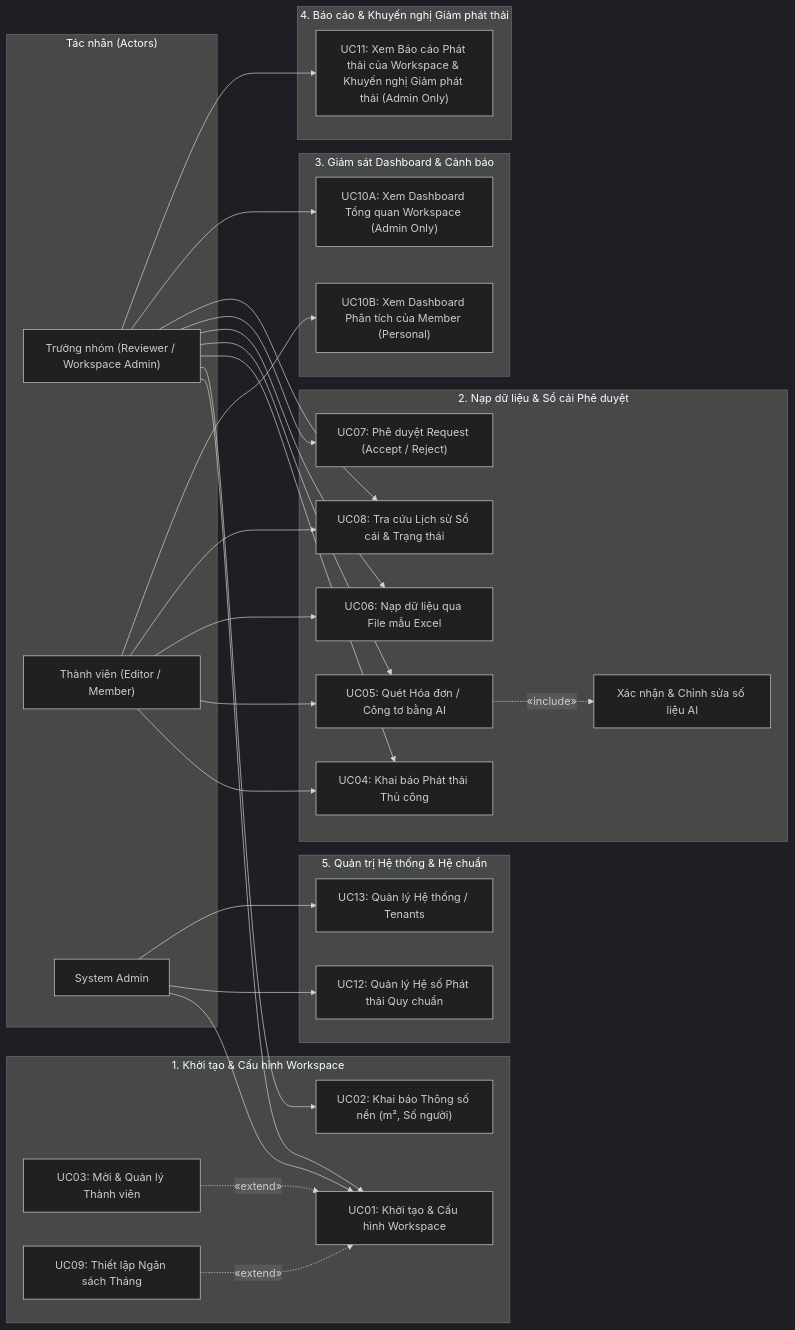
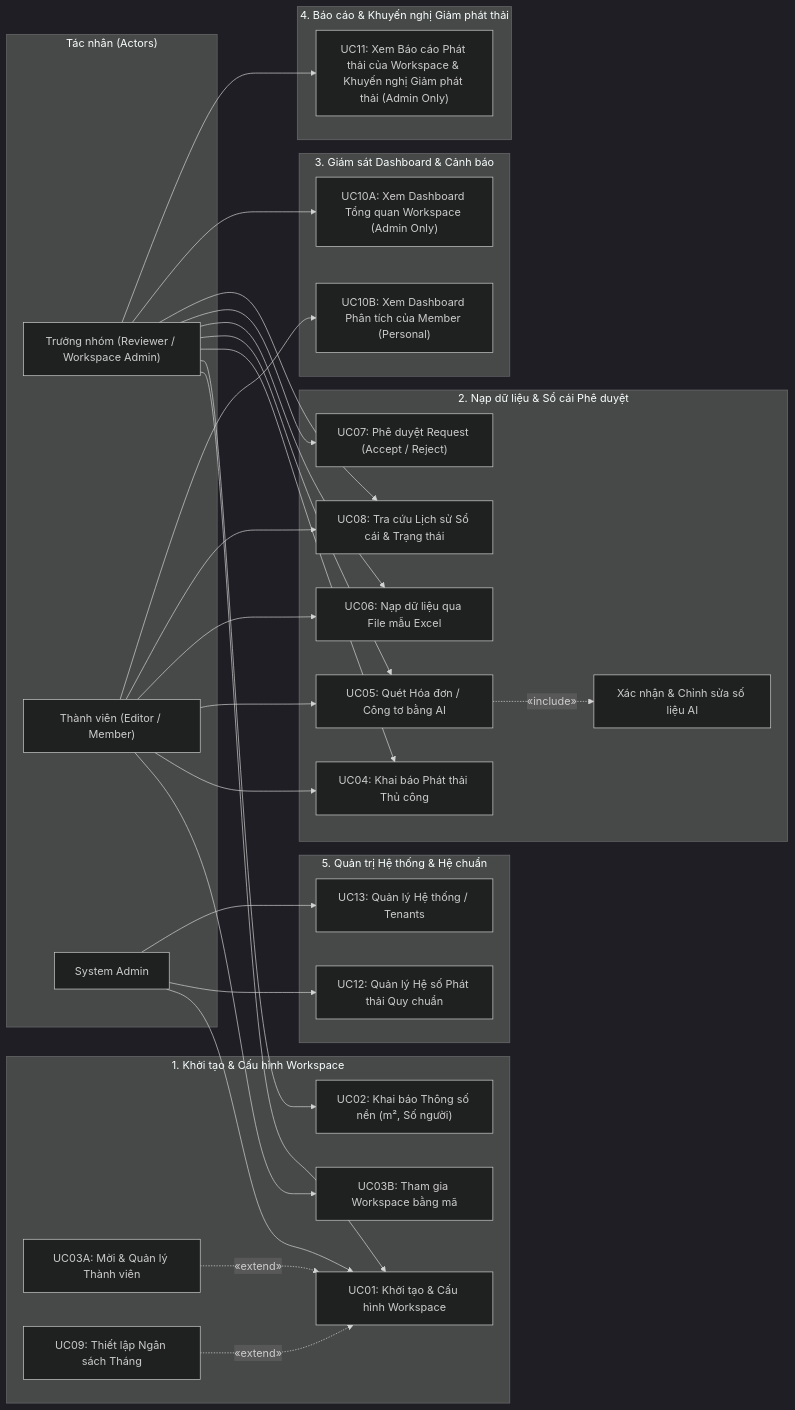
Before and after one commit to DatTienNguyenn/PMDC-BATCH4-DATNT250: the second of 2 diagrams in spec.md, drawn with Mermaid (dark theme). The commit also changed other lines of this file and 3 other files, not shown here.

First line of the commit message:
docs(ucd): add 'Tham gia workspace bằng mã' use case for workspace member

````diff
--- a/spec.md
+++ b/spec.md
@@ -176,64 +176,66 @@
 ```mermaid
 flowchart LR
     subgraph Actors["Tác nhân (Actors)"]
         Reviewer["Trưởng nhóm (Reviewer / Workspace Admin)"]
         Editor["Thành viên (Editor / Member)"]
         SysAdmin["System Admin"]
     end
 
     subgraph WorkspaceMgmt["1. Khởi tạo & Cấu hình Workspace"]
         UC01["UC01: Khởi tạo & Cấu hình Workspace"]
         UC02["UC02: Khai báo Thông số nền (m², Số người)"]
-        UC03["UC03: Mời & Quản lý Thành viên"]
+        UC03["UC03A: Mời & Quản lý Thành viên"]
+        UC03B["UC03B: Tham gia Workspace bằng mã"]
         UC09["UC09: Thiết lập Ngân sách Tháng"]
         UC03 -.->|«extend»| UC01
         UC09 -.->|«extend»| UC01
     end
 
     subgraph IngestionLedger["2. Nạp dữ liệu & Sổ cái Phê duyệt"]
         UC04["UC04: Khai báo Phát thải Thủ công"]
         UC05["UC05: Quét Hóa đơn / Công tơ bằng AI"]
         UC06["UC06: Nạp dữ liệu qua File mẫu Excel"]
         UC05_INC["Xác nhận & Chỉnh sửa số liệu AI"]
         UC05 -.->|«include»| UC05_INC
         UC07["UC07: Phê duyệt Request (Accept / Reject)"]
         UC08["UC08: Tra cứu Lịch sử Sổ cái & Trạng thái"]
     end
 
     subgraph BudgetingInsight["3. Giám sát Dashboard & Cảnh báo"]
         UC10_WS["UC10A: Xem Dashboard Tổng quan Workspace (Admin Only)"]
         UC10_MEM["UC10B: Xem Dashboard Phân tích của Member (Personal)"]
     end
 
     subgraph Flow4Area["4. Báo cáo & Khuyến nghị Giảm phát thải"]
         UC11["UC11: Xem Báo cáo Phát thải của Workspace & Khuyến nghị Giảm phát thải (Admin Only)"]
     end
 
     subgraph SystemAdminArea["5. Quản trị Hệ thống & Hệ chuẩn"]
         UC12["UC12: Quản lý Hệ số Phát thải Quy chuẩn"]
         UC13["UC13: Quản lý Hệ thống / Tenants"]
     end
 
     %% Reviewer
     Reviewer --> UC01
     Reviewer --> UC02
     Reviewer --> UC04
     Reviewer --> UC05
     Reviewer --> UC06
     Reviewer --> UC07
     Reviewer --> UC08
     Reviewer --> UC10_WS
     Reviewer --> UC11
 
     %% Editor
+    Editor --> UC03B
     Editor --> UC04
     Editor --> UC05
     Editor --> UC06
     Editor --> UC08
     Editor --> UC10_MEM
 
     %% System Admin
     SysAdmin --> UC01
     SysAdmin --> UC12
     SysAdmin --> UC13
 ```
````
